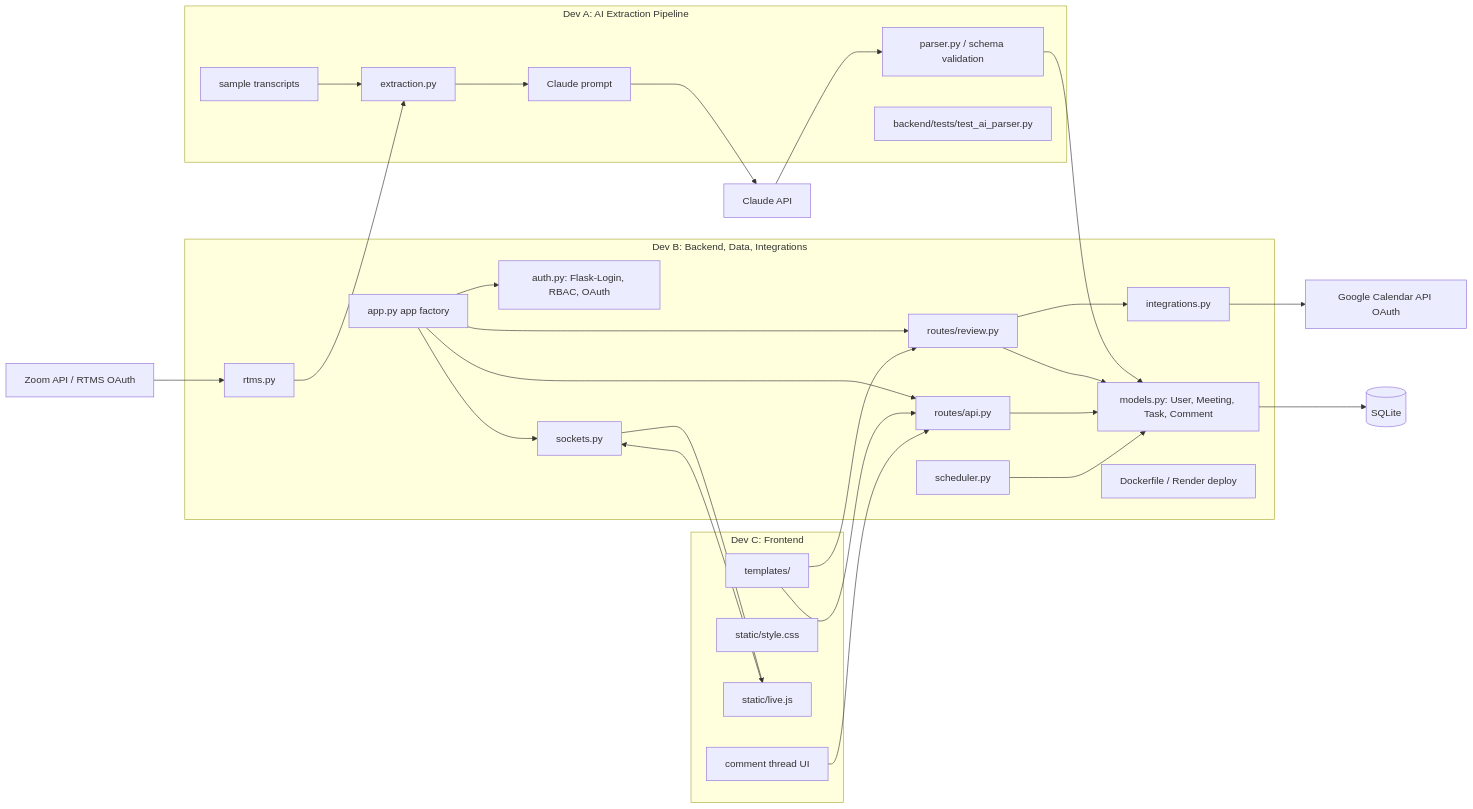
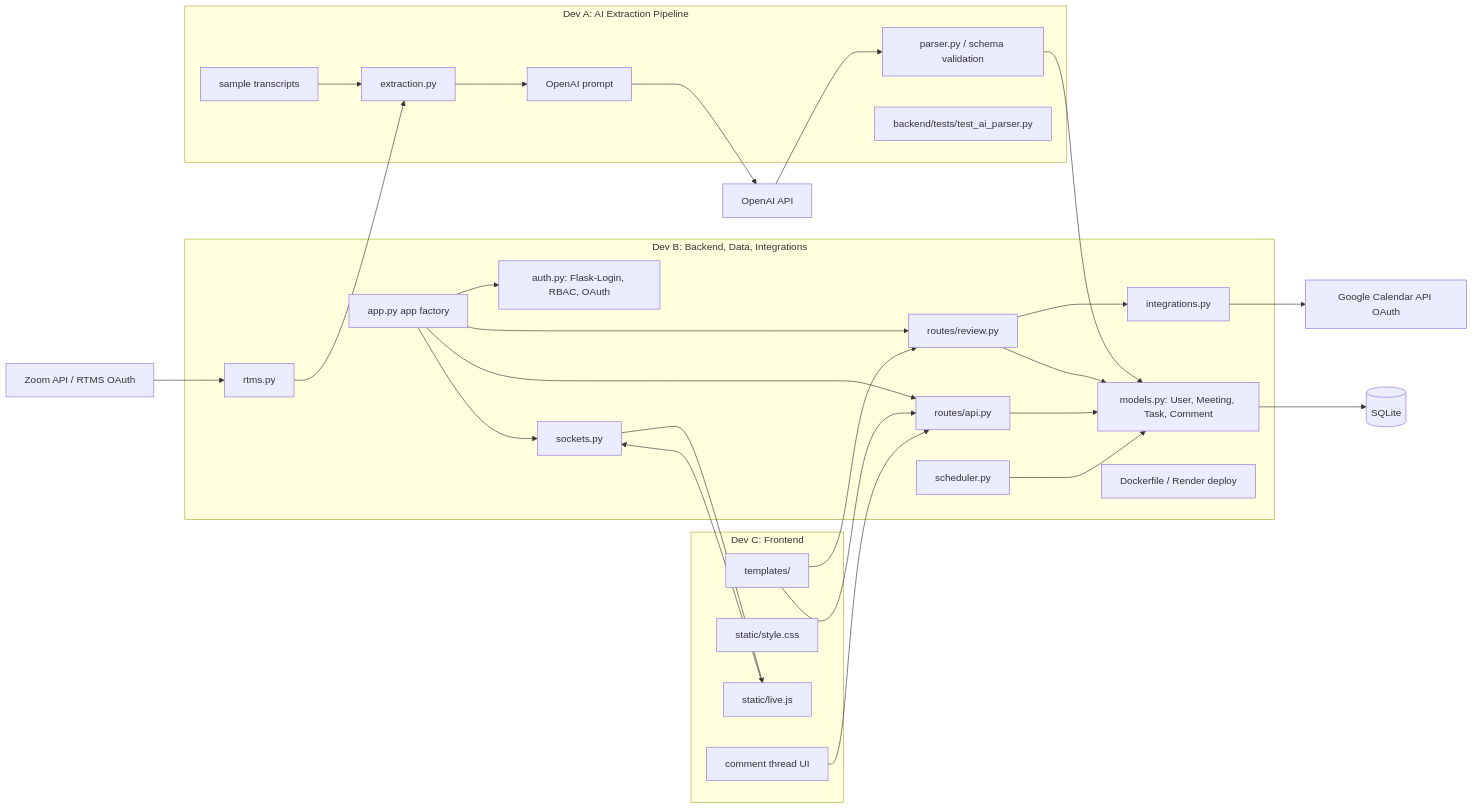
Before and after one commit to JaydenManyrath/Nudge: the second of 2 diagrams in docs/system_diagram.md, drawn with Mermaid. The commit also changed other lines of this file and 4 other files, not shown here.

First line of the commit message:
Add sequence diagram to README; fix Claude->OpenAI across docs

````diff
--- a/docs/system_diagram.md
+++ b/docs/system_diagram.md
@@ -55,60 +55,60 @@
 ```mermaid
 flowchart LR
     subgraph DevA["Dev A: AI Extraction Pipeline"]
         Samples["sample transcripts"]
         Extraction["extraction.py"]
-        Prompt["Claude prompt"]
+        Prompt["OpenAI prompt"]
         Parser["parser.py / schema validation"]
         ATests["backend/tests/test_ai_parser.py"]
     end
 
     subgraph DevB["Dev B: Backend, Data, Integrations"]
         App["app.py app factory"]
         Models["models.py: User, Meeting, Task, Comment"]
         Auth["auth.py: Flask-Login, RBAC, OAuth"]
         Review["routes/review.py"]
         API["routes/api.py"]
         RTMS["rtms.py"]
         Sockets["sockets.py"]
         Integrations["integrations.py"]
         Scheduler["scheduler.py"]
         Docker["Dockerfile / Render deploy"]
     end
 
     subgraph DevC["Dev C: Frontend"]
         Templates["templates/"]
         CSS["static/style.css"]
         LiveJS["static/live.js"]
         Comments["comment thread UI"]
     end
 
     Zoom["Zoom API / RTMS OAuth"]
-    Claude["Claude API"]
+    LLM["OpenAI API"]
     Google["Google Calendar API OAuth"]
     DB[("SQLite")]
 
     Samples --> Extraction
     Zoom --> RTMS
     RTMS --> Extraction
     Extraction --> Prompt
-    Prompt --> Claude
-    Claude --> Parser
+    Prompt --> LLM
+    LLM --> Parser
     Parser --> Models
     Models --> DB
 
     App --> Auth
     App --> Review
     App --> API
     App --> Sockets
     Review --> Models
     API --> Models
     Scheduler --> Models
     Integrations --> Google
     Review --> Integrations
     Sockets --> LiveJS
 
     Templates --> Review
     Templates --> API
     LiveJS --> Sockets
     Comments --> API
 ```
````
